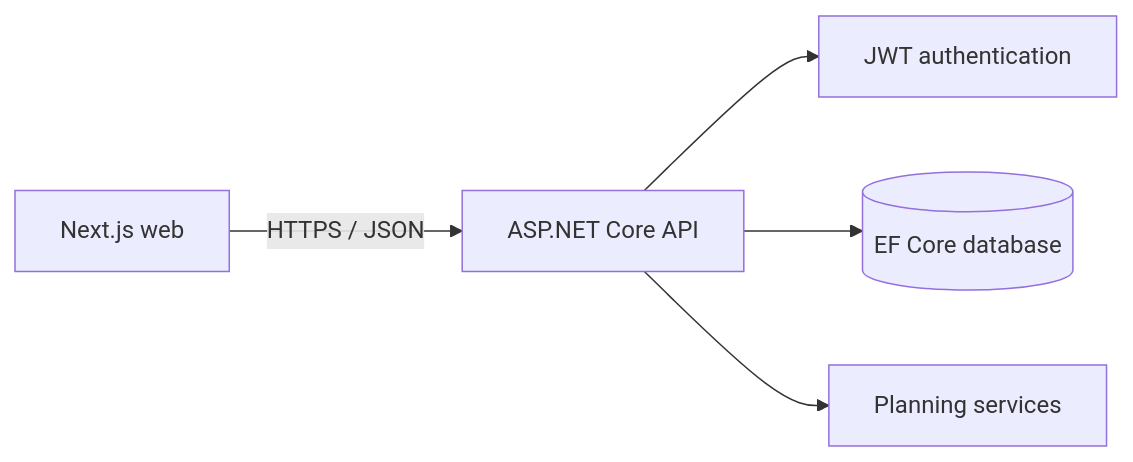
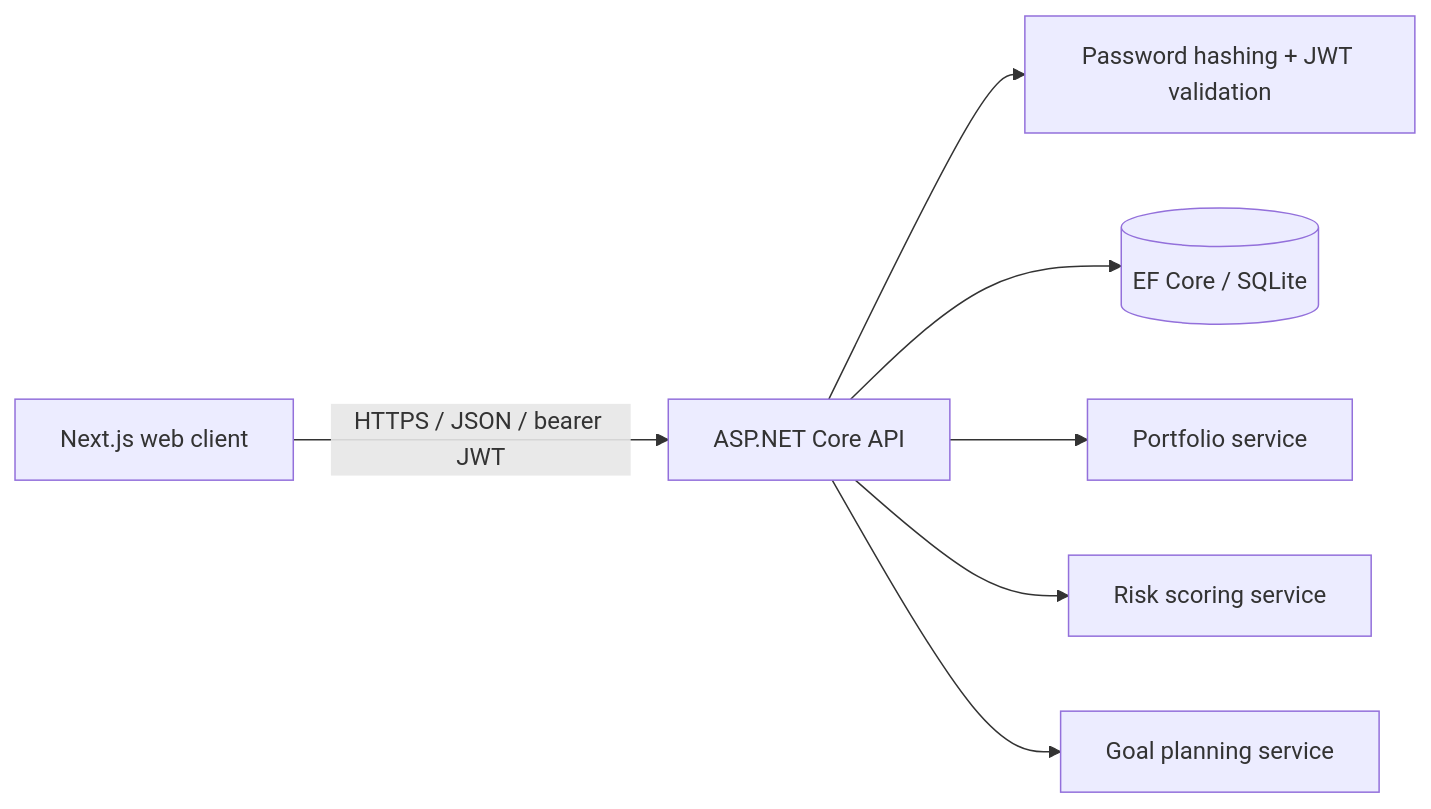
The first of 3 diagrams in docs/architecture.md (reinaldozhu6-web/planvest), drawn with Mermaid before and after one commit. The commit also changed other lines of this file and 46 other files, not shown here.

````diff
--- a/docs/architecture.md
+++ b/docs/architecture.md
@@ -5,7 +5,9 @@
 ```mermaid
 flowchart LR
-  Web[Next.js web] -->|HTTPS / JSON| Api[ASP.NET Core API]
-  Api --> Auth[JWT authentication]
-  Api --> Db[(EF Core database)]
-  Api --> Calc[Planning services]
+  Web[Next.js web client] -->|HTTPS / JSON / bearer JWT| Api[ASP.NET Core API]
+  Api --> Auth[Password hashing + JWT validation]
+  Api --> Db[(EF Core / SQLite)]
+  Api --> Portfolio[Portfolio service]
+  Api --> Risk[Risk scoring service]
+  Api --> Goals[Goal planning service]
 ```
````
